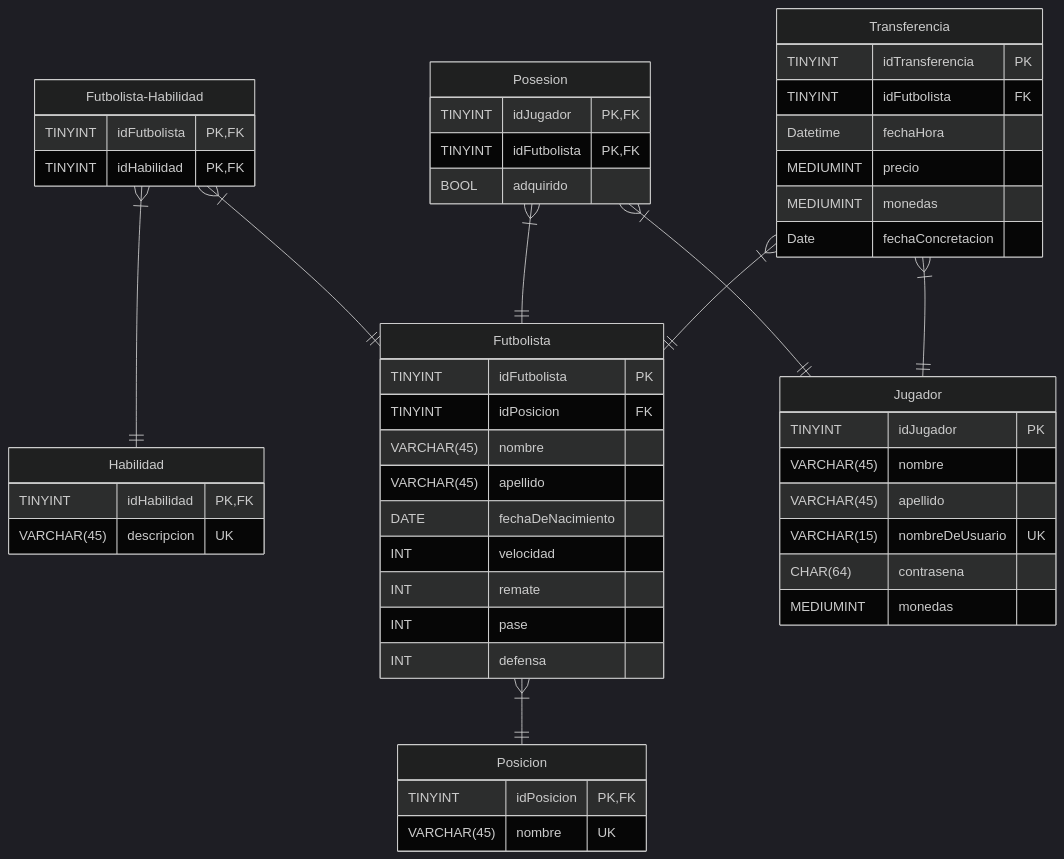
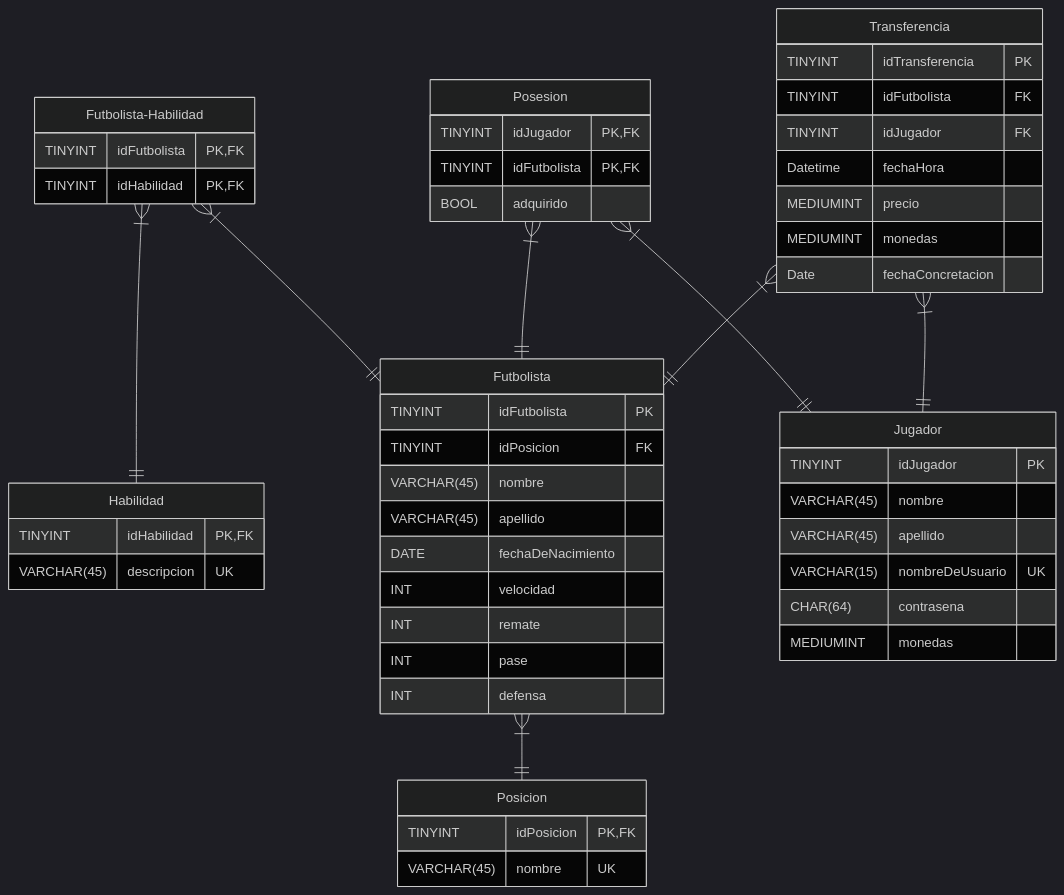
One commit to Lucardioo/Fifa-Tp-Anual-5to-8va changed the diagram in docs/DER.md. Above: the diagram before and after it, drawn with Mermaid (dark theme). The commit also changed 1 other file, not shown here.

Commit message:
FINALIZADO

````diff
--- a/docs/DER.md
+++ b/docs/DER.md
@@ -1,67 +1,68 @@
 ```mermaid
 erDiagram
 
     Posicion{
         TINYINT     idPosicion  PK,FK
         VARCHAR(45) nombre      UK     
     }
 
     Habilidad{
         TINYINT     idHabilidad PK,FK
         VARCHAR(45) descripcion UK
     }
 
     Futbolista-Habilidad{
         TINYINT     idFutbolista    PK, FK
         TINYINT     idHabilidad     PK, FK
     }
          Futbolista-Habilidad }|--|| Habilidad : ""
         Futbolista-Habilidad }|--|| Futbolista : ""
 
     Futbolista{
         TINYINT     idFutbolista    PK
         TINYINT     idPosicion      FK
         VARCHAR(45) nombre 
         VARCHAR(45) apellido            
         DATE        fechaDeNacimiento    
         INT         velocidad        
         INT         remate              
         INT         pase                 
         INT         defensa              
     }
         Futbolista }|--|| Posicion  : "" 
        
         
 
    
     Jugador{
         TINYINT     idJugador       PK
         VARCHAR(45) nombre
         VARCHAR(45) apellido
         VARCHAR(15) nombreDeUsuario UK
         CHAR(64)    contrasena
         MEDIUMINT   monedas
     }
 
     Posesion{
         TINYINT     idJugador       PK,FK
         TINYINT     idFutbolista    PK,FK
         BOOL        adquirido
     }
     Posesion }|--|| Jugador  : ""
     Posesion }|--|| Futbolista : ""
     
     
 
     Transferencia{
         TINYINT     idTransferencia PK
         TINYINT     idFutbolista    FK
+        TINYINT     idJugador       FK
         Datetime    fechaHora
         MEDIUMINT   precio
         MEDIUMINT   monedas
         Date     fechaConcretacion 
     }
         Transferencia}|--|| Jugador : ""
         Transferencia }|--|| Futbolista : ""
 
 ```
````
